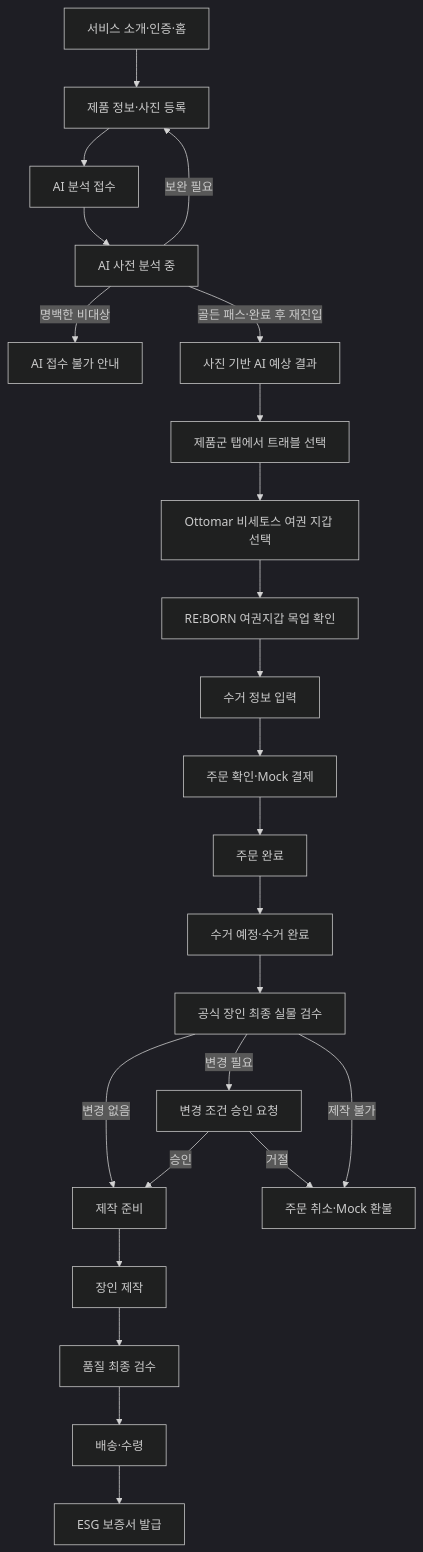
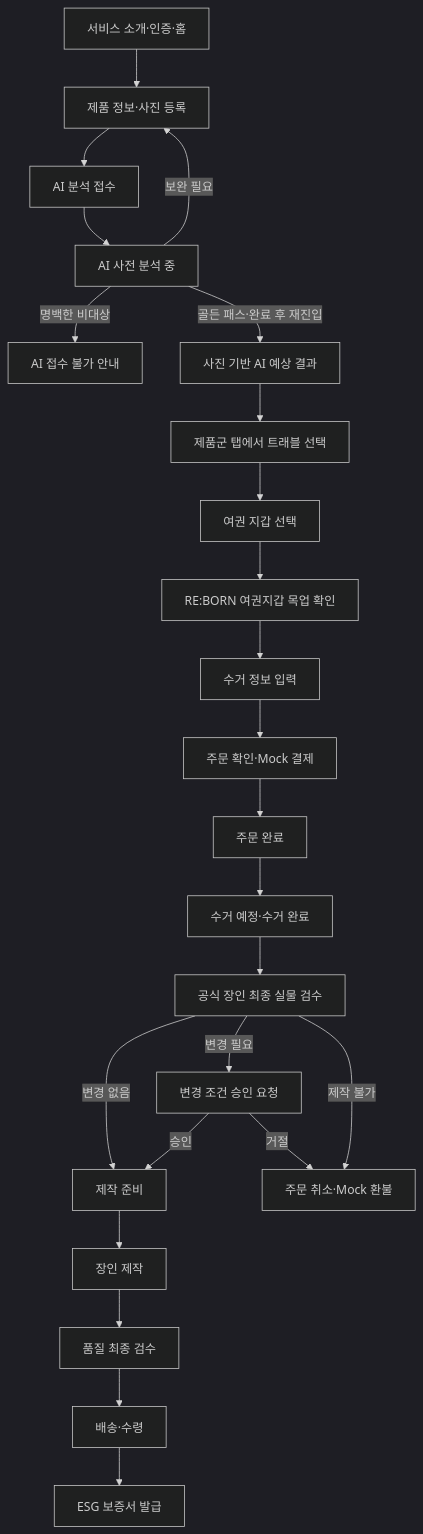
Before and after one commit to MCM-RE-BORN/mcm-reborn-hackathon: the diagram in docs/MVP_DEMO_CANONICAL.md, drawn with Mermaid (dark theme). The commit also changed other lines of this file and 21 other files, not shown here.

````diff
--- a/docs/MVP_DEMO_CANONICAL.md
+++ b/docs/MVP_DEMO_CANONICAL.md
@@ -107,26 +107,26 @@
 ```mermaid
 flowchart TD
   A["서비스 소개·인증·홈"] --> B["제품 정보·사진 등록"]
   B --> C["AI 분석 접수"]
   C --> D["AI 사전 분석 중"]
   D -->|보완 필요| B
   D -->|명백한 비대상| X["AI 접수 불가 안내"]
   D -->|골든 패스·완료 후 재진입| E["사진 기반 AI 예상 결과"]
   E --> F["제품군 탭에서 트래블 선택"]
-  F --> F2["Ottomar 비세토스 여권 지갑 선택"]
+  F --> F2["여권 지갑 선택"]
   F2 --> G["RE:BORN 여권지갑 목업 확인"]
   G --> H["수거 정보 입력"]
   H --> I["주문 확인·Mock 결제"]
   I --> J["주문 완료"]
   J --> K["수거 예정·수거 완료"]
   K --> L["공식 장인 최종 실물 검수"]
   L -->|변경 없음| P["제작 준비"]
   L -->|변경 필요| M["변경 조건 승인 요청"]
   L -->|제작 불가| Y["주문 취소·Mock 환불"]
   M -->|승인| P
   M -->|거절| Y
   P --> Q["장인 제작"]
   Q --> R["품질 최종 검수"]
   R --> S["배송·수령"]
   S --> T["ESG 보증서 발급"]
 ```
````
